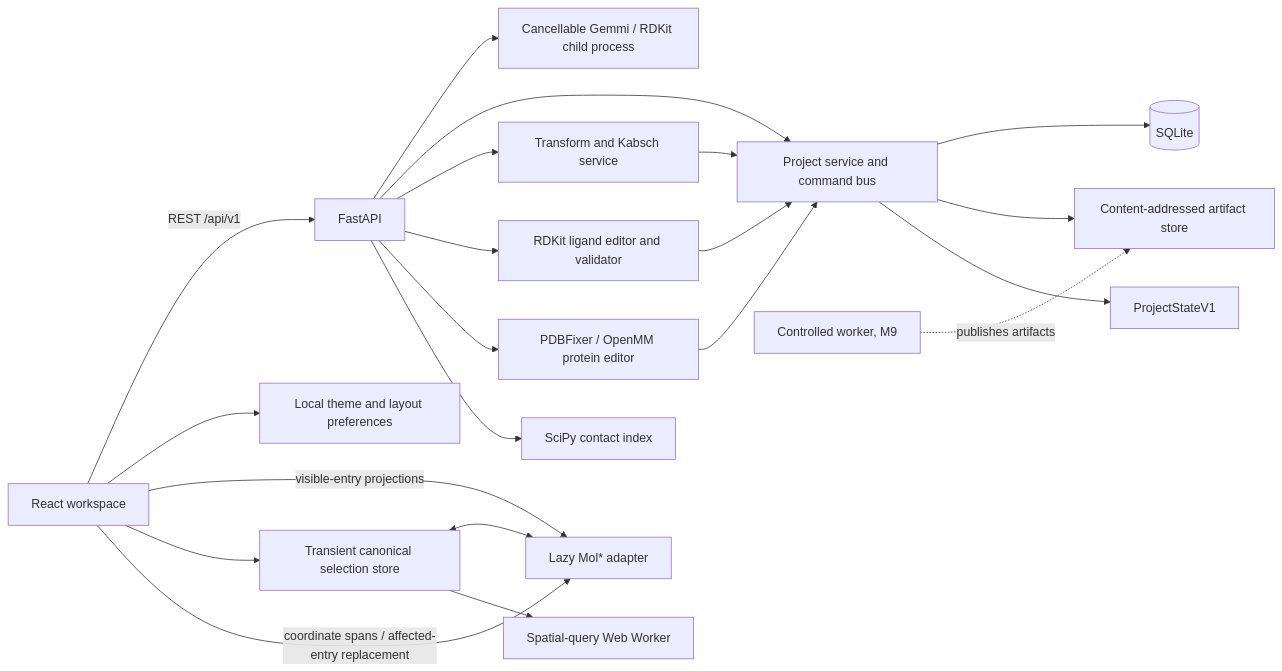
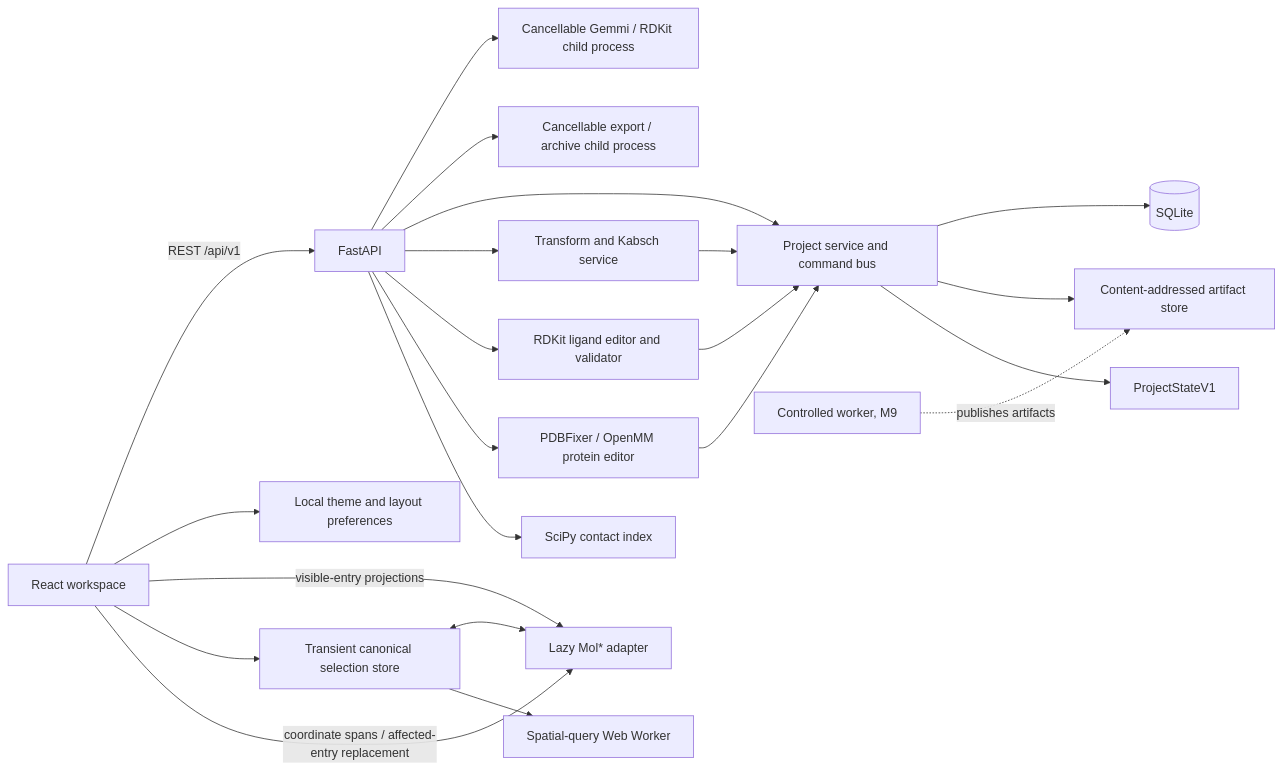
Before and after one commit to ManuelSe/Neistra: the diagram in README.md, drawn with Mermaid. The commit also changed other lines of this file and 2 other files, not shown here.

````diff
--- a/README.md
+++ b/README.md
@@ -48,23 +49,24 @@
 ```mermaid
 flowchart LR
     UI[React workspace] -->|REST /api/v1| API[FastAPI]
     UI --> PREFS[Local theme and layout preferences]
     API --> PARSE[Cancellable Gemmi / RDKit child process]
+    API --> EXPORT[Cancellable export / archive child process]
     API --> PS[Project service and command bus]
     API --> COORD[Transform and Kabsch service]
     API --> EDIT[RDKit ligand editor and validator]
     API --> PEDIT[PDBFixer / OpenMM protein editor]
     COORD --> PS
     EDIT --> PS
     PEDIT --> PS
     PS --> DB[(SQLite)]
     PS --> ART[Content-addressed artifact store]
     PS --> STATE[ProjectStateV1]
     UI -->|visible-entry projections| VIEWER[Lazy Mol* adapter]
     UI --> SELECT[Transient canonical selection store]
     SELECT <--> VIEWER
     SELECT --> WORKER[Spatial-query Web Worker]
     UI -->|coordinate spans / affected-entry replacement| VIEWER
     API --> CONTACTS[SciPy contact index]
     JOBS[Controlled worker, M9] -. publishes artifacts .-> ART
 ```
````
